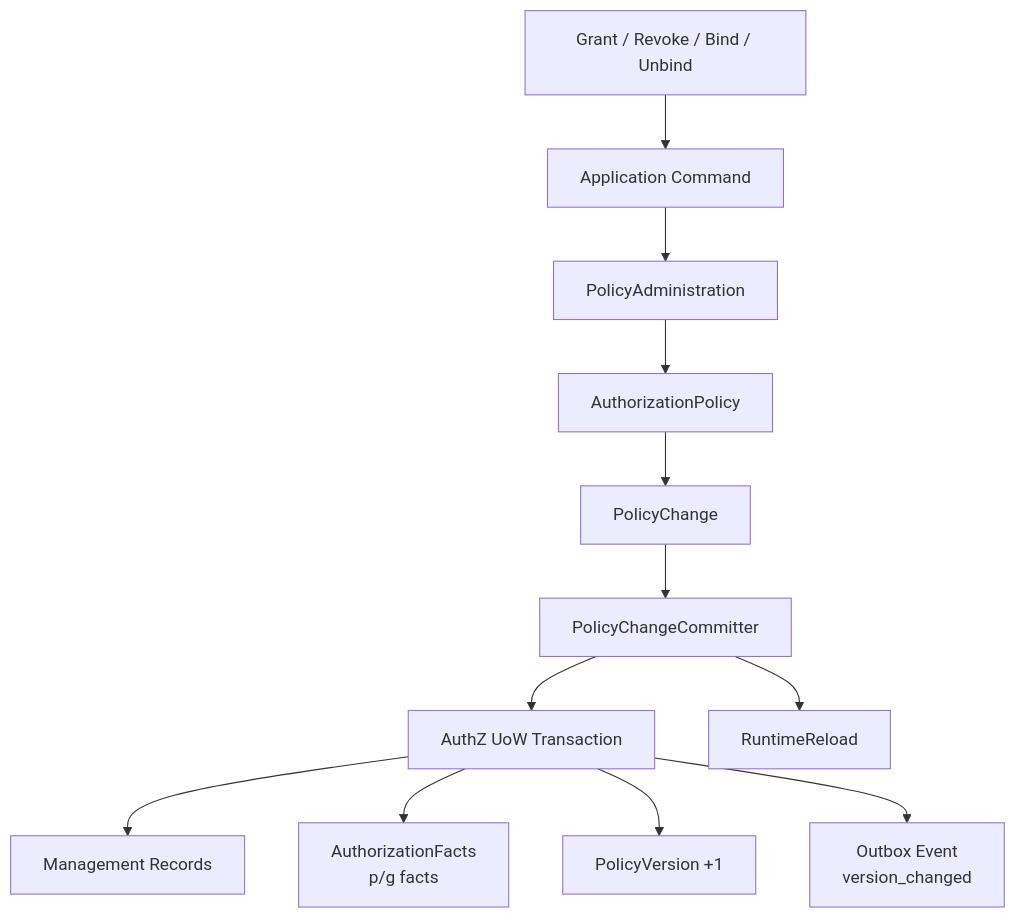
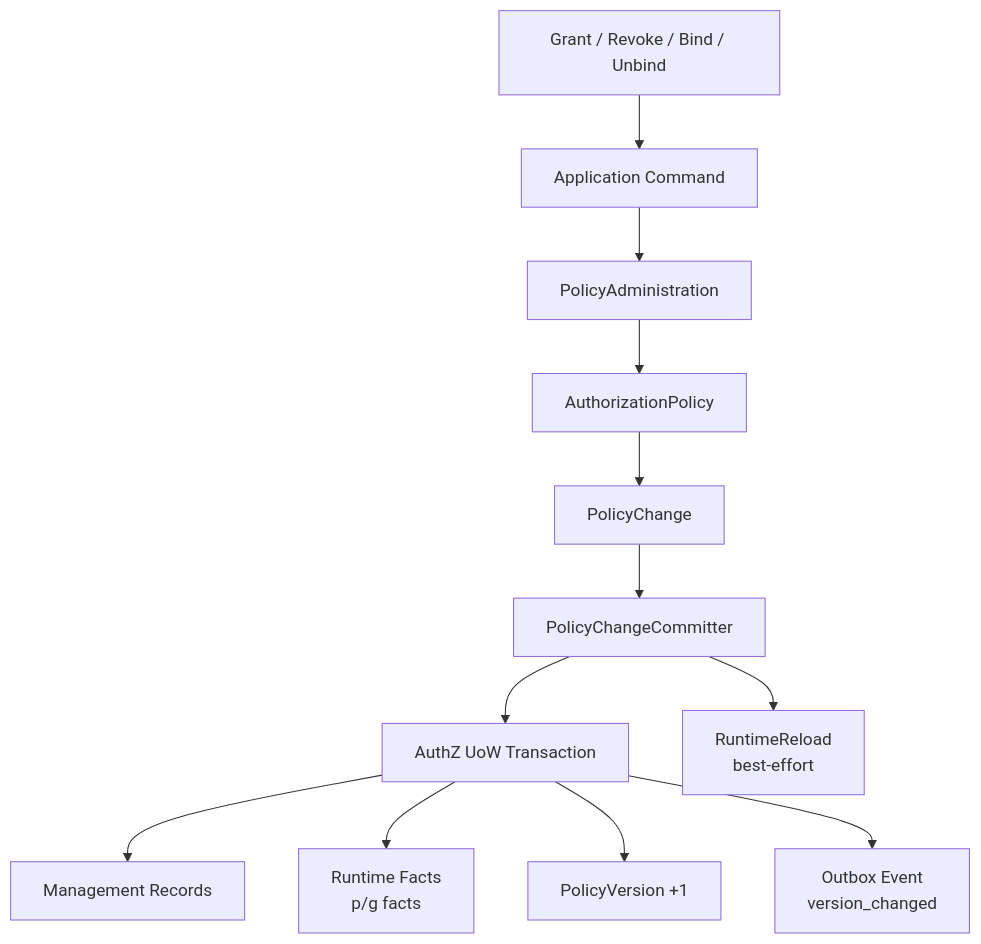
Before and after one commit to FangcunMount/iam: the third of 6 diagrams in docs/03-授权AuthZ/README.md, drawn with Mermaid. The commit also changed other lines of this file and 14 other files, not shown here.

````diff
--- a/docs/03-授权AuthZ/README.md
+++ b/docs/03-授权AuthZ/README.md
@@ -458,22 +455,22 @@
 ```mermaid
 flowchart TD
     Command["Grant / Revoke / Bind / Unbind"]
     AppCommand["Application Command"]
     Admin["PolicyAdministration"]
     DomainPolicy["AuthorizationPolicy"]
     Change["PolicyChange"]
     Committer["PolicyChangeCommitter"]
     UOW["AuthZ UoW Transaction"]
     Mgmt["Management Records"]
-    Facts["AuthorizationFacts<br/>p/g facts"]
+    Facts["Runtime Facts<br/>p/g facts"]
     Version["PolicyVersion +1"]
     Event["Outbox Event<br/>version_changed"]
-    Reload["RuntimeReload"]
+    Reload["RuntimeReload<br/>best-effort"]
 
     Command --> AppCommand --> Admin --> DomainPolicy --> Change --> Committer --> UOW
     UOW --> Mgmt
     UOW --> Facts
     UOW --> Version
     UOW --> Event
     Committer --> Reload
 ```
````
